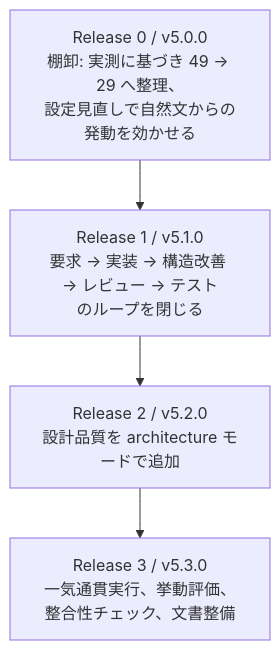
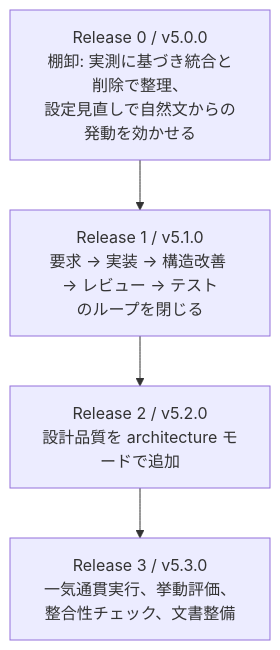
The diagram in issues/ndf-development-skills/06-release-plan.md (devbasex/ai-plugins), drawn with Mermaid before and after one commit. The commit also changed other lines of this file and 5 other files, not shown here.

````diff
--- a/issues/ndf-development-skills/06-release-plan.md
+++ b/issues/ndf-development-skills/06-release-plan.md
@@ -9,8 +9,8 @@
 ```mermaid
 flowchart TD
-    R0["Release 0 / v5.0.0<br/>棚卸: 実測に基づき 49 → 29 へ整理、<br/>設定見直しで自然文からの発動を効かせる"]
+    R0["Release 0 / v5.0.0<br/>棚卸: 実測に基づき統合と削除で整理、<br/>設定見直しで自然文からの発動を効かせる"]
     R1["Release 1 / v5.1.0<br/>要求 → 実装 → 構造改善 → レビュー → テスト<br/>のループを閉じる"]
     R2["Release 2 / v5.2.0<br/>設計品質を architecture モードで追加"]
     R3["Release 3 / v5.3.0<br/>一気通貫実行、挙動評価、整合性チェック、文書整備"]
     R0 --> R1 --> R2 --> R3
 ```
````
